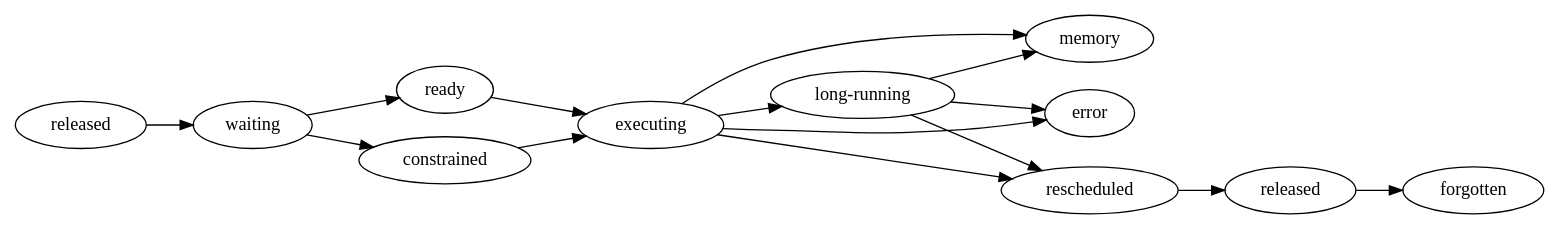
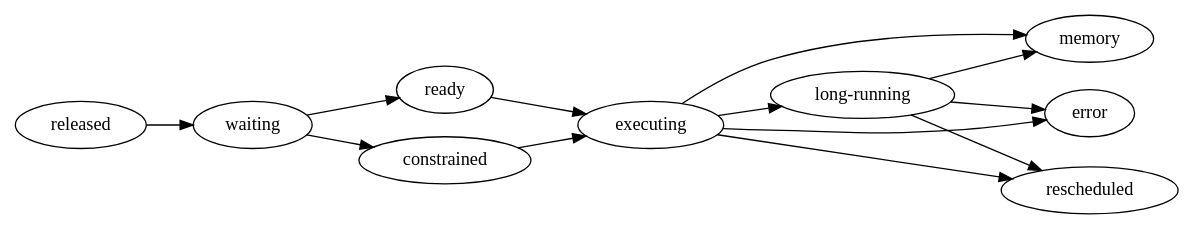
One commit to dask/distributed changed the diagram in docs/source/images/worker-execute-state.dot. Above: the diagram before and after it, drawn with Graphviz. The commit also changed 5 other files, not shown here.

```diff
--- a/docs/source/images/worker-execute-state.dot
+++ b/docs/source/images/worker-execute-state.dot
@@ -1,22 +1,18 @@
 digraph{
     graph [
         bgcolor="#FFFFFFF00",
         rankdir=LR,
         ];
-    released1 [label=released];
-    released2 [label=released];
-    released1 -> waiting;
+    released -> waiting;
     waiting -> ready;
     waiting -> constrained;
     ready -> executing;
     constrained -> executing;
     executing -> "long-running";
     executing -> memory;
     executing -> error;
     executing -> rescheduled;
     "long-running" -> memory;
     "long-running" -> error;
     "long-running" -> rescheduled;
-    rescheduled -> released2;
-    released2 -> forgotten;
 }
```
